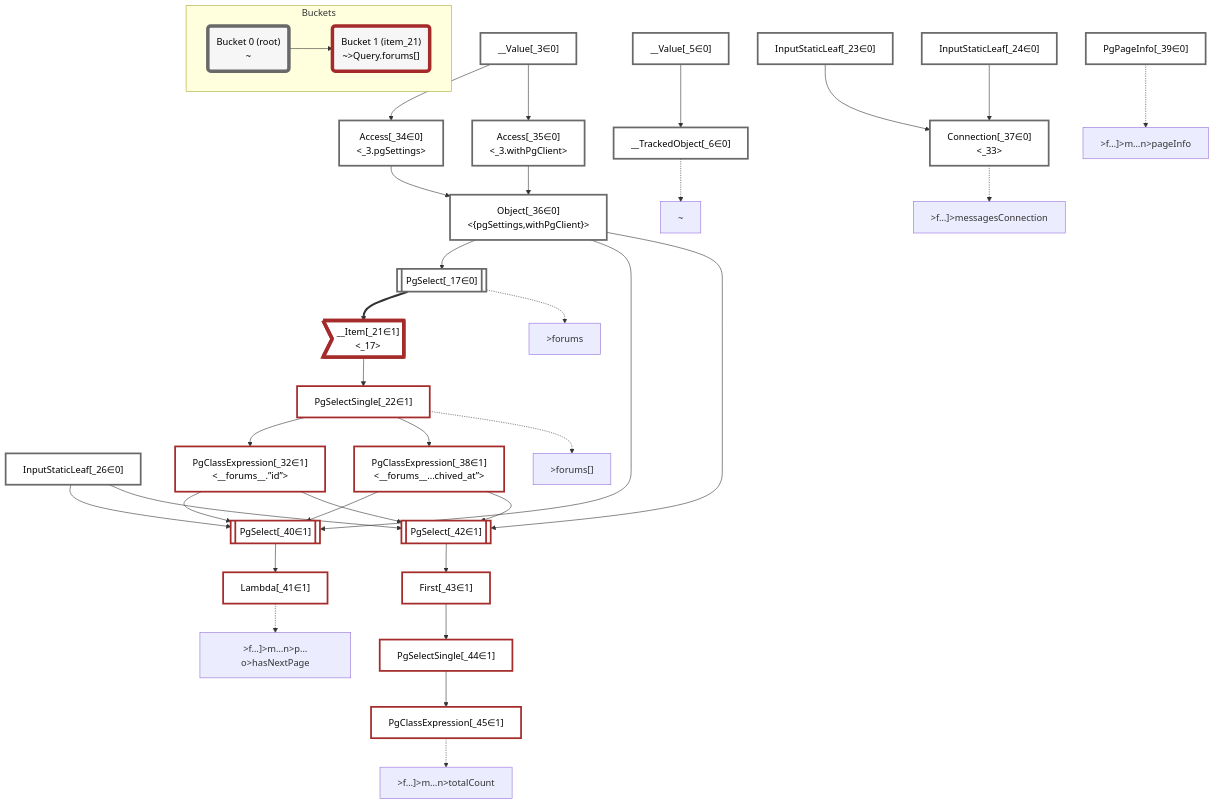
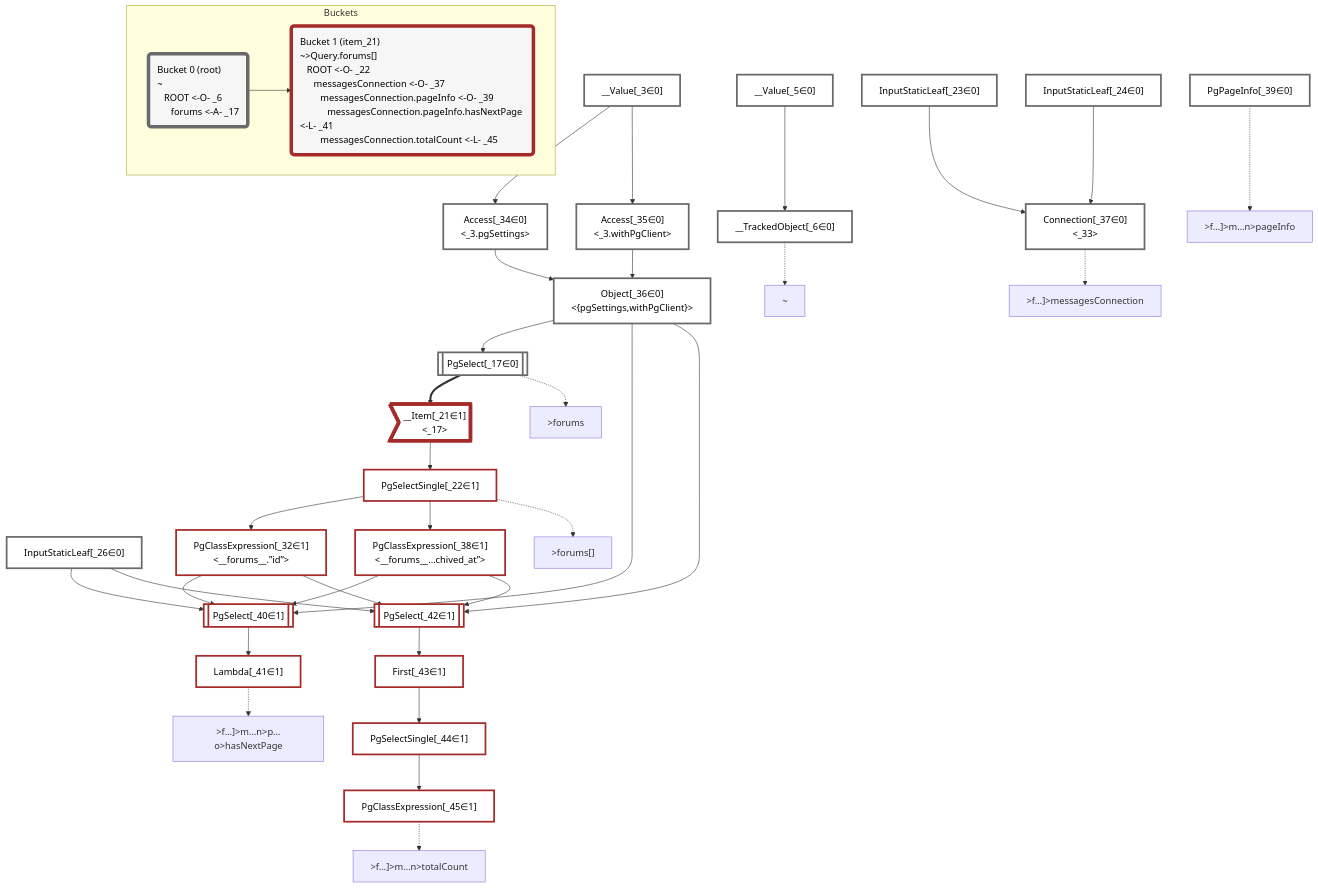
One commit to graphile/crystal changed the diagram in packages/dataplan-pg/__tests__/queries/conditions/condition-featured-messages-minimal.deopt.mermaid.md. Above: the diagram before and after it, drawn with Mermaid. The commit also changed 195 other files, not shown here.

```diff
--- a/packages/dataplan-pg/__tests__/queries/conditions/condition-featured-messages-minimal.deopt.mermaid.md
+++ b/packages/dataplan-pg/__tests__/queries/conditions/condition-featured-messages-minimal.deopt.mermaid.md
@@ -4,7 +4,7 @@
     classDef plan fill:#fff,stroke-width:3px,color:#000
     classDef itemplan fill:#fff,stroke-width:6px,color:#000
     classDef sideeffectplan fill:#f00,stroke-width:6px,color:#000
-    classDef bucket fill:#f6f6f6,color:#000,stroke-width:6px
+    classDef bucket fill:#f6f6f6,color:#000,stroke-width:6px,text-align:left
 
 
     %% define plans
@@ -80,9 +80,9 @@
     class __Item_21,PgSelectSingle_22,PgClassExpression_32,PgClassExpression_38,PgSelect_40,Lambda_41,PgSelect_42,First_43,PgSelectSingle_44,PgClassExpression_45 bucket1
 
     subgraph Buckets
-    Bucket0("Bucket 0 (root)<br />~"):::bucket
+    Bucket0("Bucket 0 (root)<br />~<br />⠀ROOT <-O- _6<br />⠀⠀forums <-A- _17"):::bucket
     style Bucket0 stroke:#696969
-    Bucket1("Bucket 1 (item_21)<br />~>Query.forums[]"):::bucket
+    Bucket1("Bucket 1 (item_21)<br />~>Query.forums[]<br />⠀ROOT <-O- _22<br />⠀⠀messagesConnection <-O- _37<br />⠀⠀⠀messagesConnection.pageInfo <-O- _39<br />⠀⠀⠀⠀messagesConnection.pageInfo.hasNextPage <-L- _41<br />⠀⠀⠀messagesConnection.totalCount <-L- _45"):::bucket
     style Bucket1 stroke:#a52a2a
     Bucket0 --> Bucket1
     end
```
